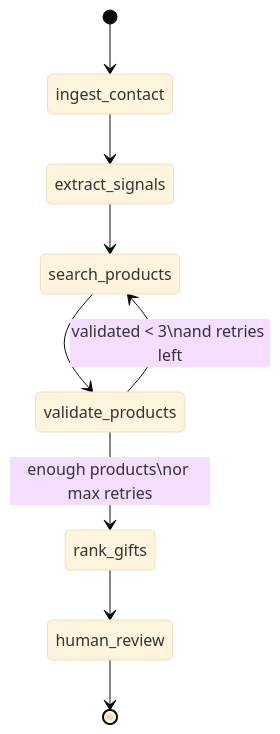
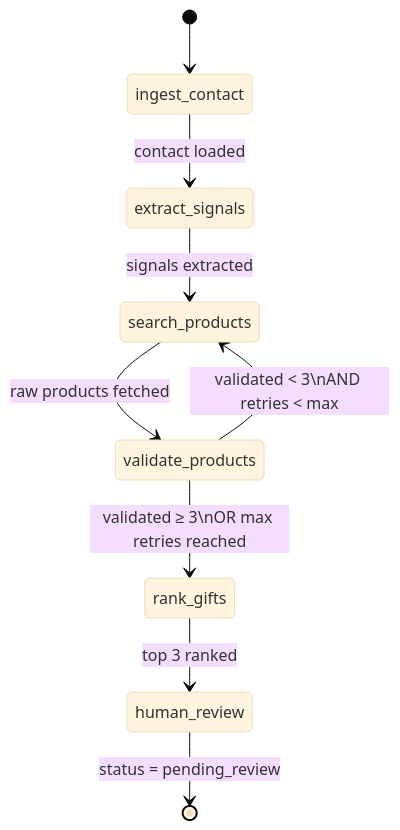
Before and after one commit to SuhasKambham/delightloop-gift-agent: the third of 6 diagrams in README.md, drawn with Mermaid (base theme). The commit also changed other lines of this file and 14 other files, not shown here.

Commit message:
Add comprehensive README, architecture and eval docs for submission

````diff
--- a/README.md
+++ b/README.md
@@ -249,12 +324,13 @@
 ```mermaid
 stateDiagram-v2
     [*] --> ingest_contact
-    ingest_contact --> extract_signals
-    extract_signals --> search_products
-    search_products --> validate_products
+    ingest_contact --> extract_signals : contact loaded
+    extract_signals --> search_products : signals extracted
+    search_products --> validate_products : raw products fetched
 
-    validate_products --> search_products: validated < 3\nand retries left
-    validate_products --> rank_gifts: enough products\nor max retries
-    rank_gifts --> human_review
-    human_review --> [*]
+    validate_products --> search_products : validated < 3\nAND retries < max
+    validate_products --> rank_gifts : validated ≥ 3\nOR max retries reached
+
+    rank_gifts --> human_review : top 3 ranked
+    human_review --> [*] : status = pending_review
 ```
````
